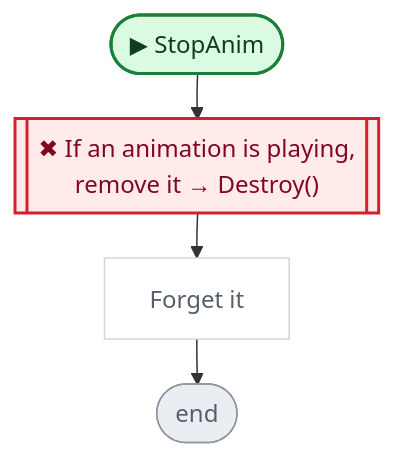
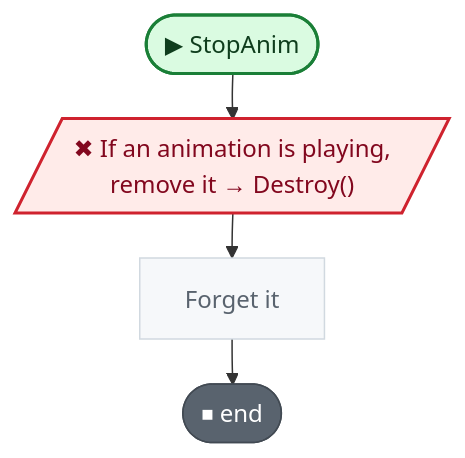
Before and after one commit to nataiai/Lord-of-the-Dungeon: the fourth of 15 diagrams in CodeGraph~/graph/Player.cs.md, drawn with Mermaid. The commit also changed other lines of this file and 57 other files, not shown here.

````diff
--- a/CodeGraph~/graph/Player.cs.md
+++ b/CodeGraph~/graph/Player.cs.md
@@ -196,35 +198,35 @@
 ```mermaid
 ---
 config:
   flowchart:
     wrappingWidth: 260
     nodeSpacing: 26
     rankSpacing: 30
 ---
 flowchart TD
   nS(["▶ StopAnim"])
-  n4c712a[["✖ If an animation is playing,<br>remove it → Destroy()"]]
+  n4c712a[/"✖ If an animation is playing,<br>remove it → Destroy()"/]
   naa5f85["Forget it"]
-  nE(["end"])
+  nE(["⏹ end"])
   nS --> n4c712a
   n4c712a --> naa5f85
   naa5f85 --> nE
   classDef unity fill:#dafbe1,stroke:#1a7f37,stroke-width:2px,color:#0f3d1d
   classDef start fill:#dafbe1,stroke:#1a7f37,stroke-width:2px,color:#0f3d1d
-  classDef calc fill:#ffffff,stroke:#d0d7de,color:#57606a
+  classDef calc fill:#f6f8fa,stroke:#d1d9e0,color:#59636e
   classDef calls fill:#ddf4ff,stroke:#0969da,stroke-width:2px,color:#0a3069
-  classDef ext fill:#ddf4ff,stroke:#0969da,stroke-width:2px,stroke-dasharray:5 3,color:#0a3069
-  classDef cond fill:#fff8c5,stroke:#bf8700,stroke-width:1.5px,color:#3d2a00
-  classDef loop fill:#f6f8fa,stroke:#57606a,color:#1f2328
-  classDef exit fill:#ffebe9,stroke:#cf222e,color:#82071e
+  classDef ext fill:#f6f8fa,stroke:#59636e,stroke-width:1.5px,stroke-dasharray:5 5,color:#1f2328
+  classDef cond fill:#fff8c5,stroke:#9a6700,stroke-width:1.5px,color:#3d2a00
+  classDef loop fill:#fff8c5,stroke:#9a6700,color:#3d2a00
+  classDef wait fill:#fff8c5,stroke:#9a6700,color:#3d2a00
+  classDef exit fill:#59636e,stroke:#424a53,color:#ffffff
+  classDef fin fill:#59636e,stroke:#424a53,color:#ffffff
+  classDef act fill:#ffffff,stroke:#59636e,stroke-width:1.5px,color:#1f2328
   classDef kill fill:#ffebe9,stroke:#cf222e,stroke-width:2px,color:#82071e
-  classDef spawn fill:#dafbe1,stroke:#1a7f37,stroke-width:2px,color:#0f3d1d
-  classDef wait fill:#fff1e5,stroke:#bc4c00,color:#4d1d00
-  classDef fin fill:#eaeef2,stroke:#8c959f,color:#57606a
   classDef join fill:#d0d7de,stroke:#8c959f,color:#57606a
   classDef ghdr fill:#f5f9ff,stroke:#f5f9ff,color:#0a3069,font-weight:bold
   class naa5f85 calc
   class nE fin
   class n4c712a kill
   class nS start
 ```
````
